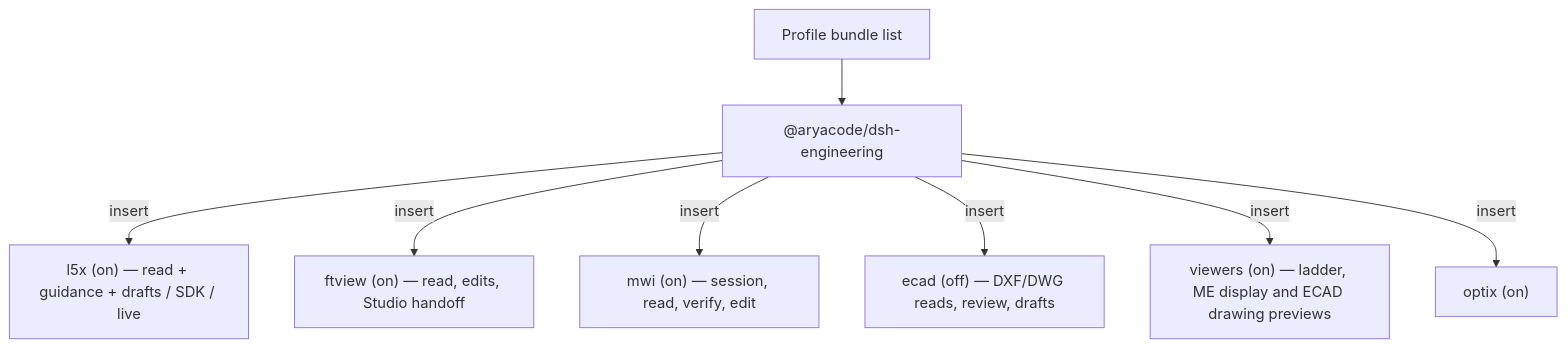
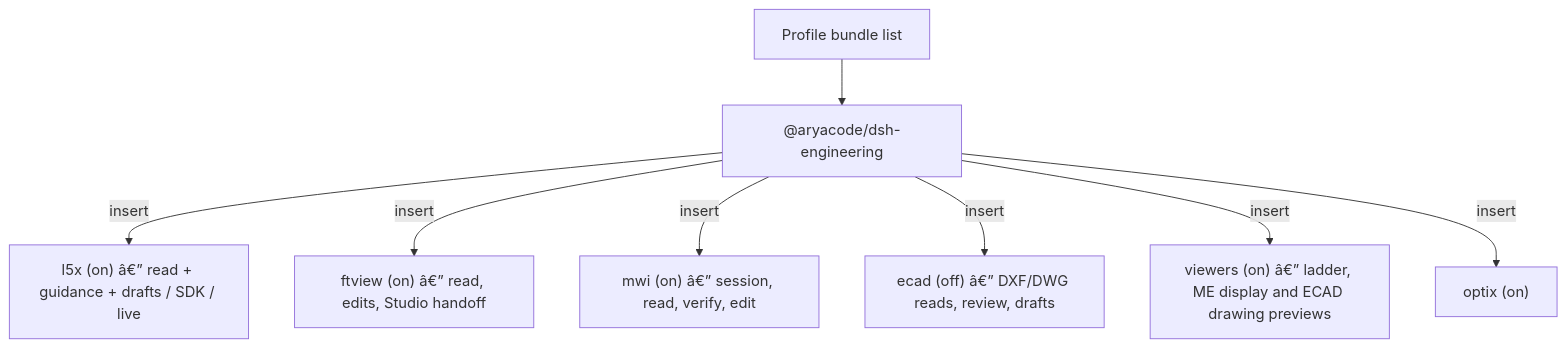
One commit to KonnectSuite/dsh-engineering changed the diagram in README.md. Above: the diagram before and after it, drawn with Mermaid. The commit also changed other lines of this file and 6 other files, not shown here.

First line of the commit message:
ecad: read the panel writes policy from the loaded row config

````diff
--- a/README.md
+++ b/README.md
@@ -267,10 +267,10 @@
 ```mermaid
 flowchart TB
   Profile["Profile bundle list"] --> Bundle["@aryacode/dsh-engineering"]
-  Bundle -->|insert| L5X["l5x (on) — read + guidance + drafts / SDK / live"]
-  Bundle -->|insert| FTV["ftview (on) — read, edits, Studio handoff"]
-  Bundle -->|insert| MWI["mwi (on) — session, read, verify, edit"]
-  Bundle -->|insert| ECAD["ecad (off) — DXF/DWG reads, review, drafts"]
-  Bundle -->|insert| Viewers["viewers (on) — ladder, ME display and ECAD drawing previews"]
+  Bundle -->|insert| L5X["l5x (on) â€” read + guidance + drafts / SDK / live"]
+  Bundle -->|insert| FTV["ftview (on) â€” read, edits, Studio handoff"]
+  Bundle -->|insert| MWI["mwi (on) â€” session, read, verify, edit"]
+  Bundle -->|insert| ECAD["ecad (off) â€” DXF/DWG reads, review, drafts"]
+  Bundle -->|insert| Viewers["viewers (on) â€” ladder, ME display and ECAD drawing previews"]
   Bundle -->|insert| Optix["optix (on)"]
 ```
````
